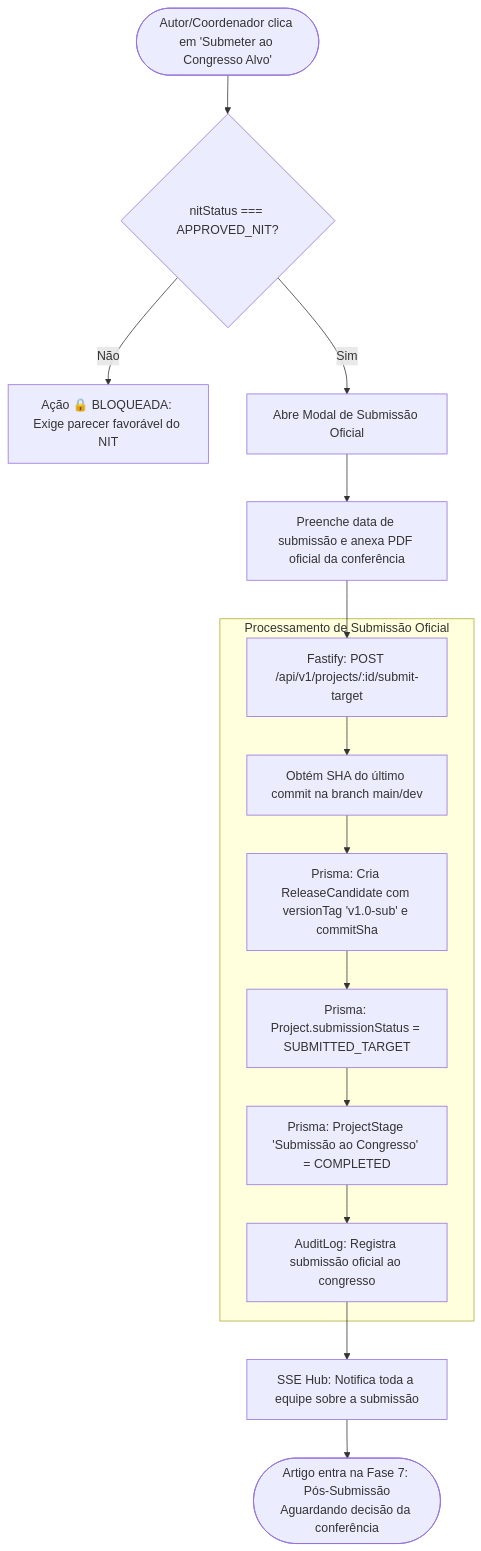
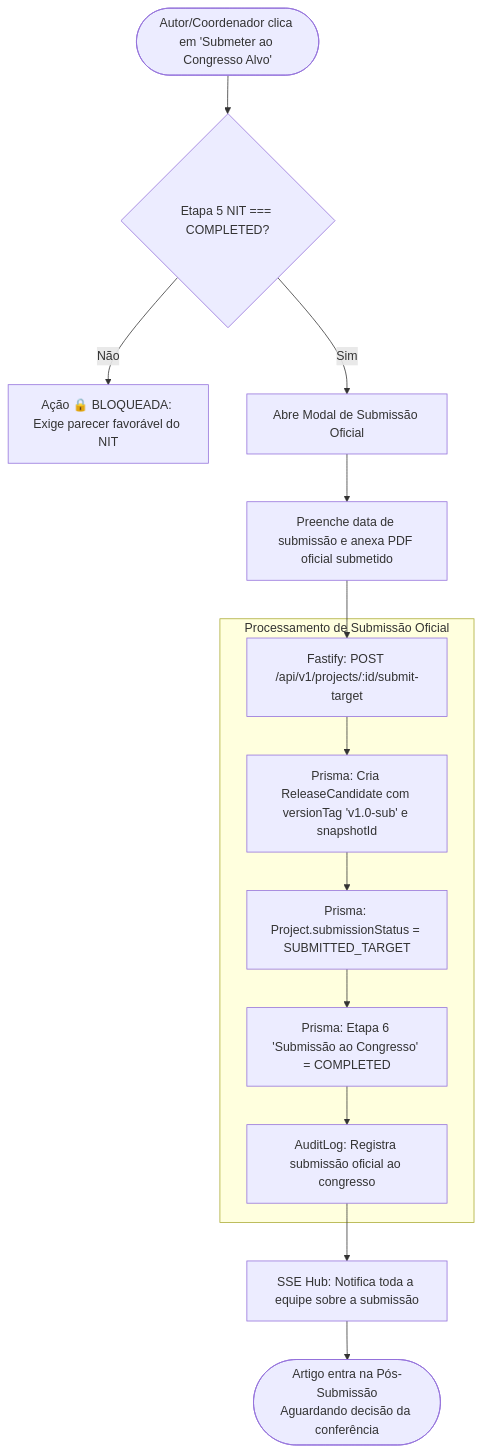
The ninth of 11 diagrams in docs/planning/APP_FLOWS.md (Digital-Analytics-Apps/sci-latex-vscode-ai), drawn with Mermaid before and after one commit. The commit also changed other lines of this file and 42 other files, not shown here.

````diff
--- a/docs/planning/APP_FLOWS.md
+++ b/docs/planning/APP_FLOWS.md
@@ -399,21 +341,20 @@
 ```mermaid
 flowchart TD
-    Start([Autor/Coordenador clica em 'Submeter ao Congresso Alvo']) --> CheckNIT{nitStatus === APPROVED_NIT?}
+    Start([Autor/Coordenador clica em 'Submeter ao Congresso Alvo']) --> CheckNIT{Etapa 5 NIT === COMPLETED?}
     
     CheckNIT -->|Não| Blocked[Ação 🔒 BLOQUEADA: Exige parecer favorável do NIT]
     CheckNIT -->|Sim| OpenModal[Abre Modal de Submissão Oficial]
     
-    OpenModal --> FillData[Preenche data de submissão e anexa PDF oficial da conferência]
+    OpenModal --> FillData[Preenche data de submissão e anexa PDF oficial submetido]
     FillData --> SubmitReq[Fastify: POST /api/v1/projects/:id/submit-target]
     
     subgraph "Processamento de Submissão Oficial"
-        SubmitReq --> FreezeCommit[Obtém SHA do último commit na branch main/dev]
-        FreezeCommit --> CreateRC[Prisma: Cria ReleaseCandidate com versionTag 'v1.0-sub' e commitSha]
+        SubmitReq --> CreateRC[Prisma: Cria ReleaseCandidate com versionTag 'v1.0-sub' e snapshotId]
         CreateRC --> UpdateProject[Prisma: Project.submissionStatus = SUBMITTED_TARGET]
-        UpdateProject --> CompleteStage[Prisma: ProjectStage 'Submissão ao Congresso' = COMPLETED]
+        UpdateProject --> CompleteStage[Prisma: Etapa 6 'Submissão ao Congresso' = COMPLETED]
         CompleteStage --> AuditSubmission[AuditLog: Registra submissão oficial ao congresso]
     end
     
     AuditSubmission --> SSEEvent[SSE Hub: Notifica toda a equipe sobre a submissão]
-    SSEEvent --> SuccessScreen([Artigo entra na Fase 7: Pós-Submissão<br/>Aguardando decisão da conferência])
+    SSEEvent --> SuccessScreen([Artigo entra na Pós-Submissão<br/>Aguardando decisão da conferência])
 ```
````
